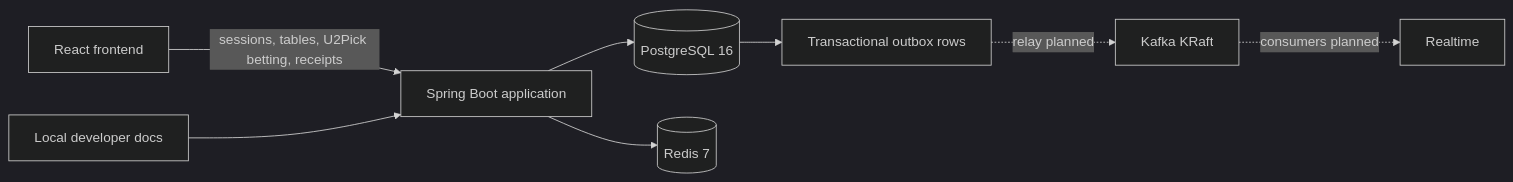
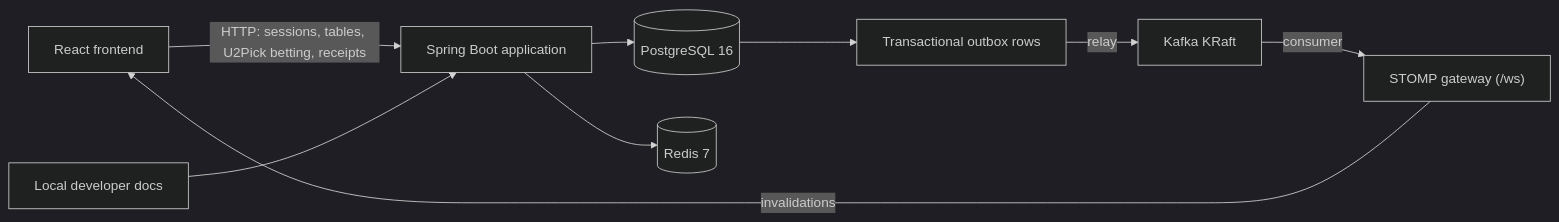
Before and after one commit to jackhudsonnnn/PVPicks: the first of 3 diagrams in docs/site/architecture.md, drawn with Mermaid (dark theme). The commit also changed other lines of this file and 13 other files, not shown here.

````diff
--- a/docs/site/architecture.md
+++ b/docs/site/architecture.md
@@ -7,10 +7,11 @@
 ```mermaid
 flowchart LR
-  Client["React frontend"] -- "sessions, tables, U2Pick betting, receipts" --> App["Spring Boot application"]
+  Client["React frontend"] -- "HTTP: sessions, tables, U2Pick betting, receipts" --> App["Spring Boot application"]
   Docs["Local developer docs"] --> App
   App --> PG[("PostgreSQL 16")]
   App --> Redis[("Redis 7")]
   PG --> Outbox["Transactional outbox rows"]
-  Outbox -. "relay planned" .-> Kafka["Kafka KRaft"]
-  Kafka -. "consumers planned" .-> Realtime["Realtime"]
+  Outbox -- "relay" --> Kafka["Kafka KRaft"]
+  Kafka -- "consumer" --> Gateway["STOMP gateway (/ws)"]
+  Gateway -- "invalidations" --> Client
 ```
````
